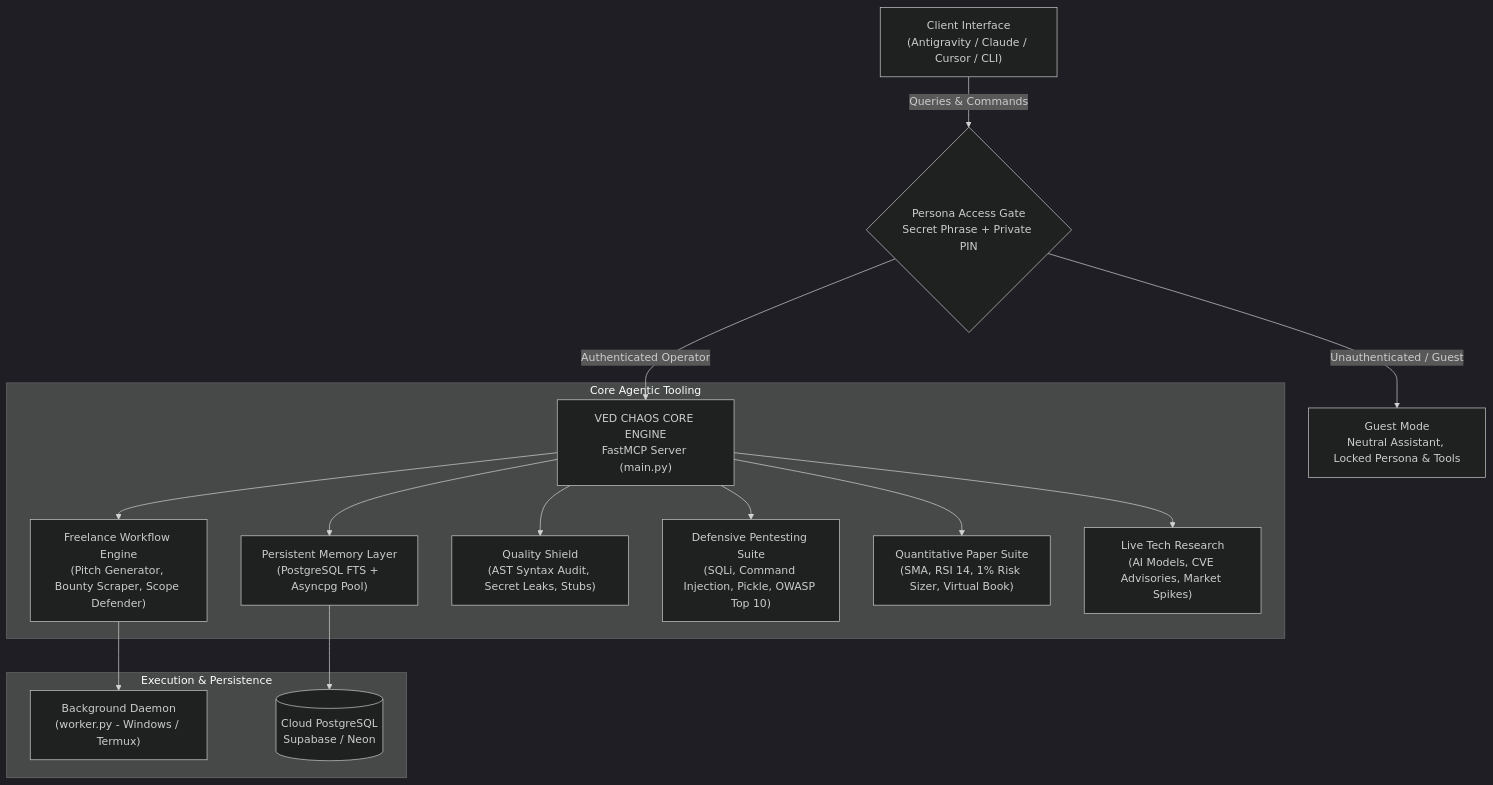
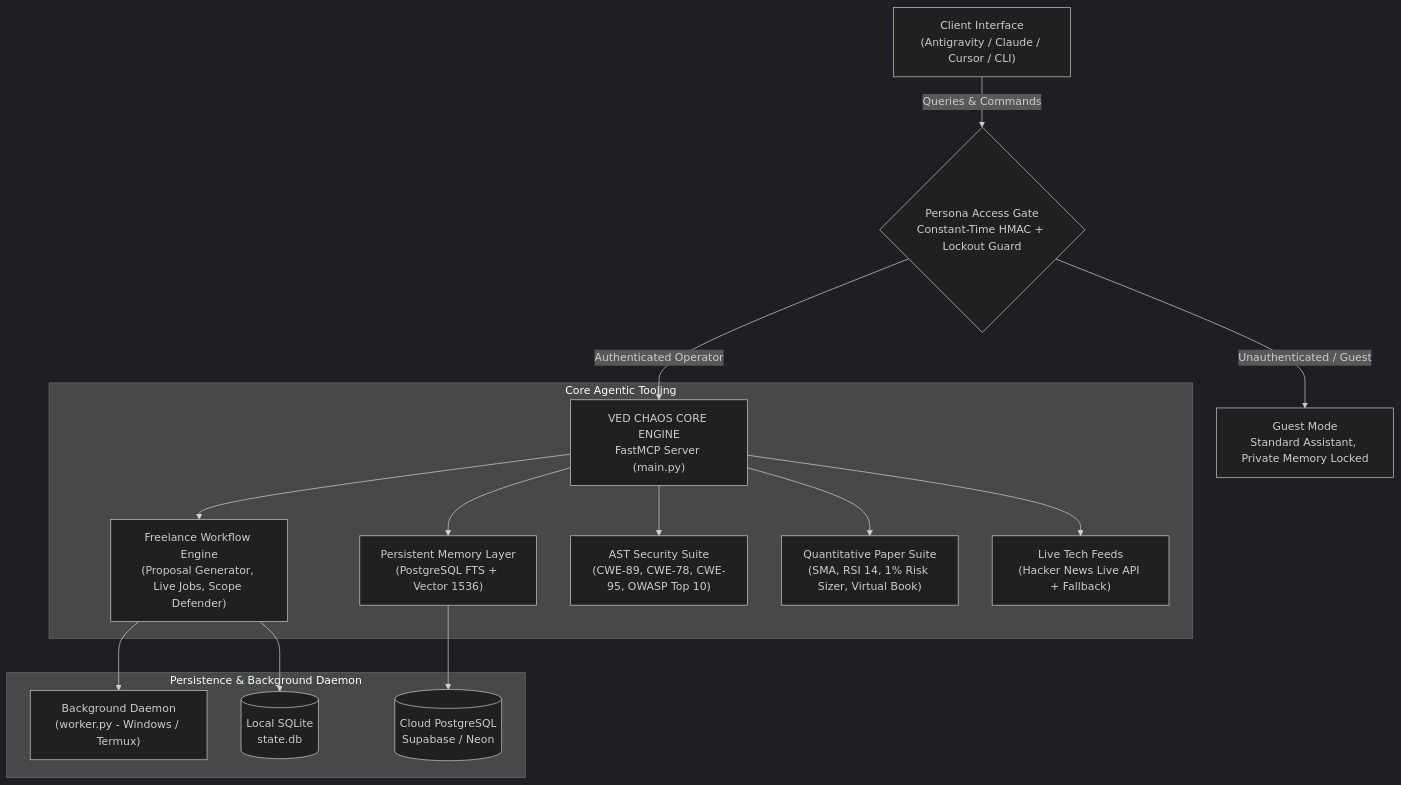
One commit to vedchaos/ved-chaos-ai changed the diagram in README.md. Above: the diagram before and after it, drawn with Mermaid (dark theme). The commit also changed other lines of this file and 10 other files, not shown here.

Commit message:
feat: real job scrapers, AST security visitor, SQLite state persistence, 2FA rate-limiting lockout, and 19 comprehensive tests

````diff
--- a/README.md
+++ b/README.md
@@ -43,24 +45,24 @@
 ```mermaid
 graph TD
     User["Client Interface<br/>(Antigravity / Claude / Cursor / CLI)"]
-    Gate{"Persona Access Gate<br/>Secret Phrase + Private PIN"}
+    Gate{"Persona Access Gate<br/>Constant-Time HMAC + Lockout Guard"}
     
     User -->|Queries & Commands| Gate
     
-    Gate -->|Unauthenticated / Guest| GuestMode["Guest Mode<br/>Neutral Assistant, Locked Persona & Tools"]
+    Gate -->|Unauthenticated / Guest| GuestMode["Guest Mode<br/>Standard Assistant, Private Memory Locked"]
     Gate -->|Authenticated Operator| CoreEngine["VED CHAOS CORE ENGINE<br/>FastMCP Server (main.py)"]
     
     subgraph "Core Agentic Tooling"
-        CoreEngine --> Memory["Persistent Memory Layer<br/>(PostgreSQL FTS + Asyncpg Pool)"]
-        CoreEngine --> Freelance["Freelance Workflow Engine<br/>(Pitch Generator, Bounty Scraper, Scope Defender)"]
-        CoreEngine --> Quality["Quality Shield<br/>(AST Syntax Audit, Secret Leaks, Stubs)"]
-        CoreEngine --> Security["Defensive Pentesting Suite<br/>(SQLi, Command Injection, Pickle, OWASP Top 10)"]
+        CoreEngine --> Memory["Persistent Memory Layer<br/>(PostgreSQL FTS + Vector 1536)"]
+        CoreEngine --> Freelance["Freelance Workflow Engine<br/>(Proposal Generator, Live Jobs, Scope Defender)"]
+        CoreEngine --> Security["AST Security Suite<br/>(CWE-89, CWE-78, CWE-95, OWASP Top 10)"]
         CoreEngine --> Trading["Quantitative Paper Suite<br/>(SMA, RSI 14, 1% Risk Sizer, Virtual Book)"]
-        CoreEngine --> Intel["Live Tech Research<br/>(AI Models, CVE Advisories, Market Spikes)"]
+        CoreEngine --> Intel["Live Tech Feeds<br/>(Hacker News Live API + Fallback)"]
     end
 
-    subgraph "Execution & Persistence"
+    subgraph "Persistence & Background Daemon"
         Freelance --> Worker["Background Daemon<br/>(worker.py - Windows / Termux)"]
+        Freelance --> LocalDB[(Local SQLite<br/>state.db)]
         Memory --> CloudDB[(Cloud PostgreSQL<br/>Supabase / Neon)]
     end
 ```
````
